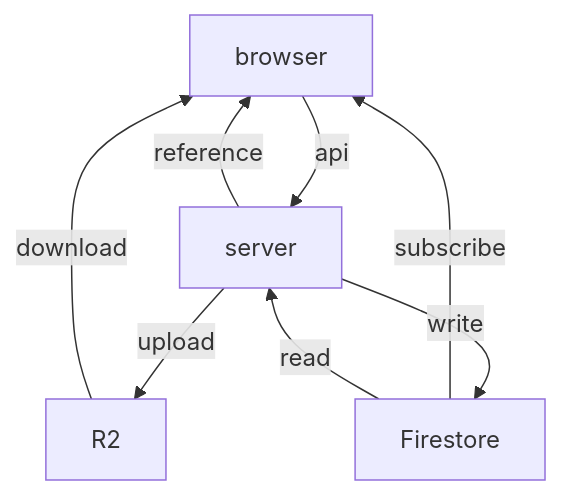
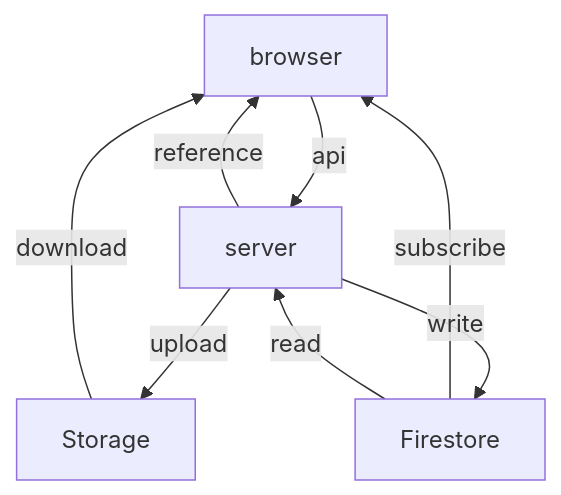
Before and after one commit to hinagiku-dev/Hinagiku: the diagram in README.md, drawn with Mermaid. The commit also changed other lines of this file and 1 other file, not shown here.

````diff
--- a/README.md
+++ b/README.md
@@ -63,10 +84,10 @@
 ```mermaid
 graph TD
     browser -->|api| server
     server -->|reference| browser
-    server -->|upload| R2
-    R2 -->|download| browser
+    server -->|upload| Storage
+    Storage -->|download| browser
     Firestore -->|subscribe| browser
     Firestore -->|read| server
     server -->|write| Firestore
 ```
````
